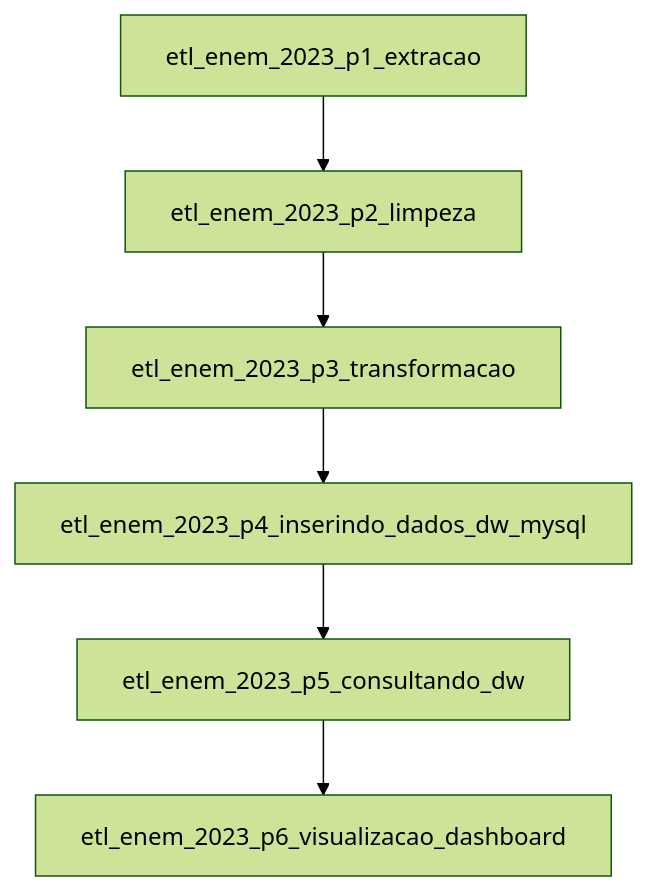
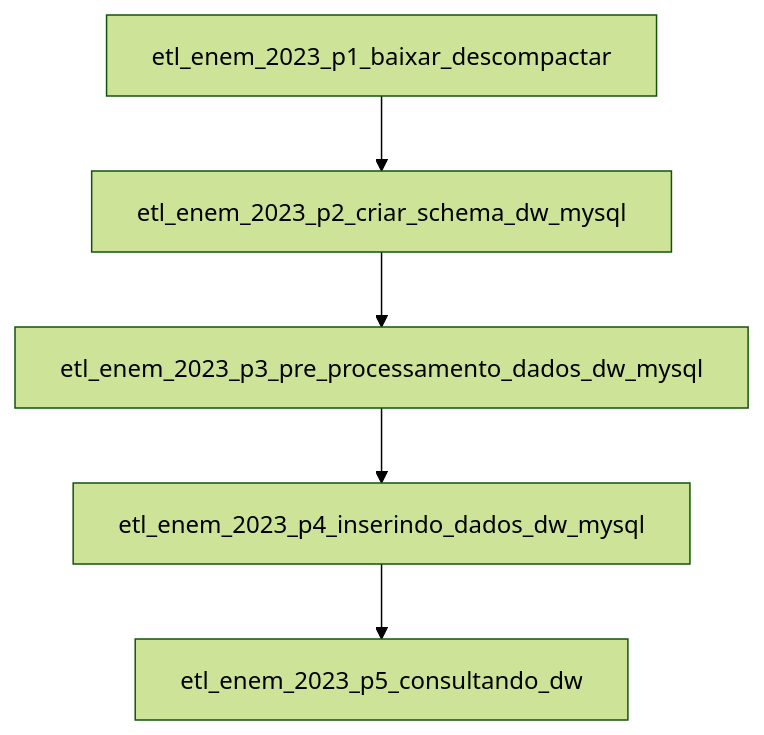
Before and after one commit to pbitalo/etl-airflow-mysql-enem-2023: the diagram in README.md, drawn with Mermaid (forest theme). The commit also changed other lines of this file, not shown here.

````diff
--- a/README.md
+++ b/README.md
@@ -88,8 +92,7 @@
 ```mermaid
 graph TD;
-    A[etl_enem_2023_p1_extracao] --> B[etl_enem_2023_p2_limpeza];
-    B --> C[etl_enem_2023_p3_transformacao];
+    A[etl_enem_2023_p1_baixar_descompactar] --> B[etl_enem_2023_p2_criar_schema_dw_mysql];
+    B --> C[etl_enem_2023_p3_pre_processamento_dados_dw_mysql];
     C --> D[etl_enem_2023_p4_inserindo_dados_dw_mysql];
     D --> E[etl_enem_2023_p5_consultando_dw];
-    E --> F[etl_enem_2023_p6_visualizacao_dashboard];
 ```
````
